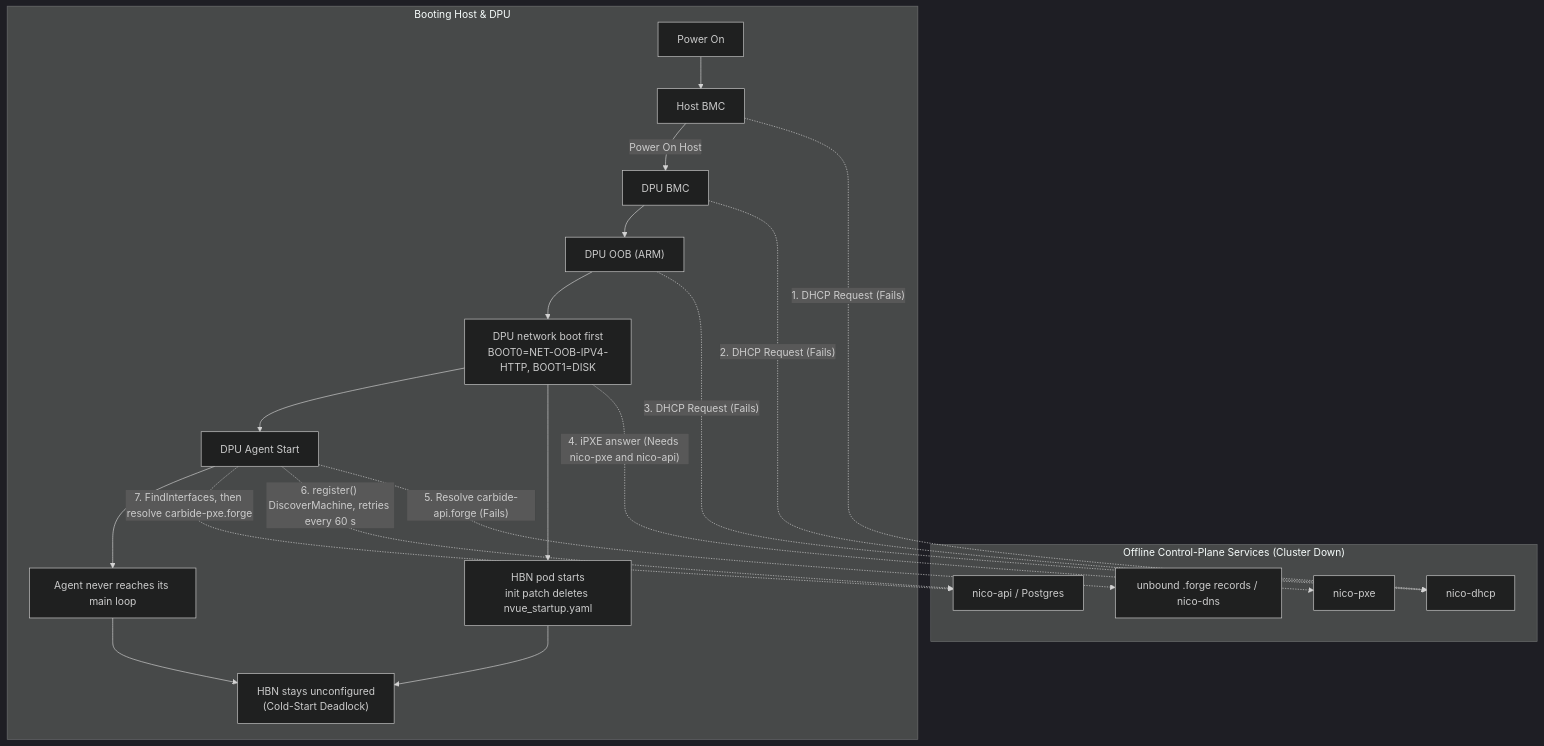
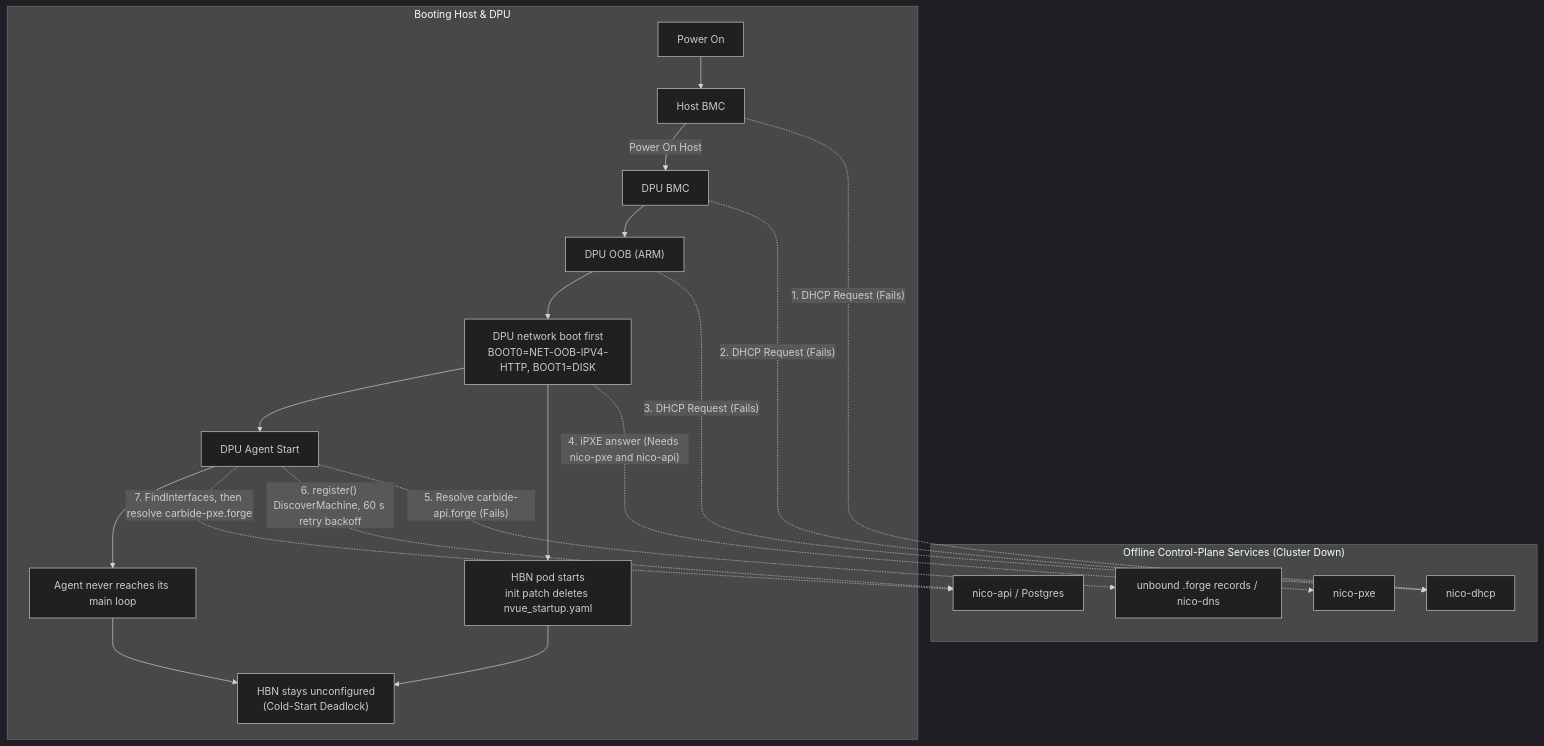
The first of 2 diagrams in docs/design/boot-without-control-plane.md (dsx-ai-factory/infra-controller), drawn with Mermaid (dark theme) before and after one commit. The commit also changed other lines of this file, not shown here.

Commit message:
docs(design): clarify discovery retries and outage time sources

````diff
--- a/docs/design/boot-without-control-plane.md
+++ b/docs/design/boot-without-control-plane.md
@@ -578,28 +580,28 @@
 ```mermaid
 flowchart TD
     subgraph Offline["Offline Control-Plane Services (Cluster Down)"]
         DHCP["nico-dhcp"]
         API["nico-api / Postgres"]
         PXE["nico-pxe"]
         DNS["unbound .forge records / nico-dns"]
     end
 
     subgraph Host["Booting Host & DPU"]
         PowerOn["Power On"] --> HBMC["Host BMC"]
         HBMC -.->|"1. DHCP Request (Fails)"| DHCP
         HBMC -->|"Power On Host"| DBMC["DPU BMC"]
         DBMC -.->|"2. DHCP Request (Fails)"| DHCP
         DBMC --> DOOB["DPU OOB (ARM)"]
         DOOB -.->|"3. DHCP Request (Fails)"| DHCP
         DOOB --> NetBoot["DPU network boot first<br/>BOOT0=NET-OOB-IPV4-HTTP, BOOT1=DISK"]
         NetBoot -.->|"4. iPXE answer (Needs nico-pxe and nico-api)"| PXE
         NetBoot --> Hbn["HBN pod starts<br/>init patch deletes nvue_startup.yaml"]
         NetBoot --> Agent["DPU Agent Start"]
         Agent -.->|"5. Resolve carbide-api.forge (Fails)"| DNS
-        Agent -.->|"6. register() DiscoverMachine, retries every 60 s"| API
+        Agent -.->|"6. register() DiscoverMachine, 60 s retry backoff"| API
         Agent -.->|"7. FindInterfaces, then resolve carbide-pxe.forge"| API
         Agent --> Blocked["Agent never reaches its main loop"]
         Hbn --> Blank["HBN stays unconfigured<br/>(Cold-Start Deadlock)"]
         Blocked --> Blank
     end
 ```
````
